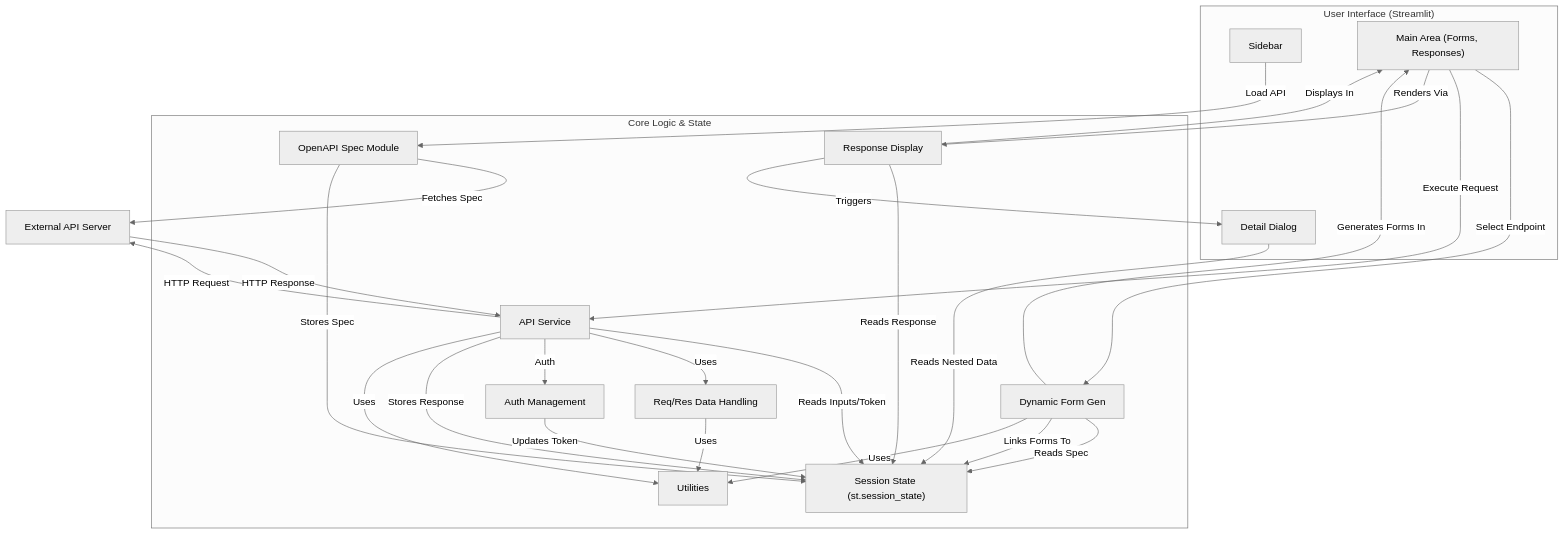
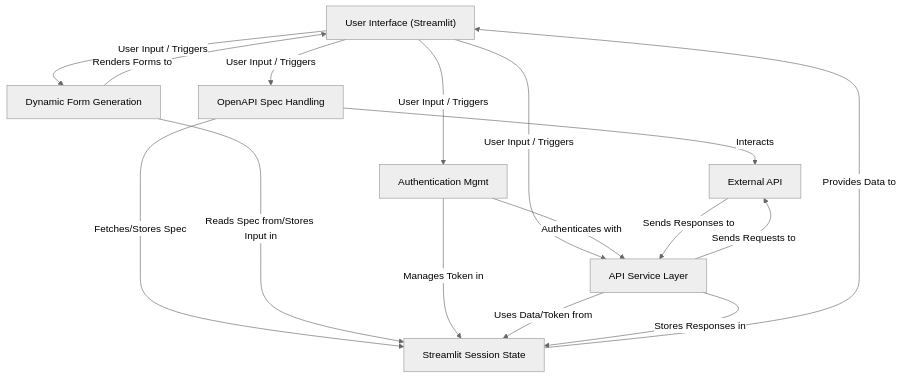
Before and after one commit to hugopessolano/openapi-custom-interface: the diagram in README.md, drawn with Mermaid (neutral theme).

Commit message:
Update README.md
Simplified visual overview

````diff
--- a/README.md
+++ b/README.md
@@ -45,49 +45,31 @@
 ```mermaid
 flowchart TD
-    subgraph "User Interface (Streamlit)"
-        UI_Sidebar["Sidebar"]
-        UI_MainArea["Main Area (Forms, Responses)"]
-        UI_DetailDialog["Detail Dialog"]
-    end
+    UI["User Interface (Streamlit)"]
+    SessionState["Streamlit Session State"]
+    OpenAPISpec["OpenAPI Spec Handling"]
+    FormGenerator["Dynamic Form Generation"]
+    APIService["API Service Layer"]
+    AuthManager["Authentication Mgmt"]
+    ExternalAPI["External API"]
+    
+    UI -- "User Input / Triggers" --> OpenAPISpec
+    UI -- "User Input / Triggers" --> FormGenerator
+    UI -- "User Input / Triggers" --> APIService
+    UI -- "User Input / Triggers" --> AuthManager
 
-    subgraph "Core Logic & State"
-        SessState["Session State (st.session_state)"]
-        SpecModule["OpenAPI Spec Module"]
-        APIService["API Service"]
-        FormGen["Dynamic Form Gen"]
-        DataHandle["Req/Res Data Handling"]
-        AuthManage["Auth Management"]
-        ResDisplay["Response Display"]
-        Utils["Utilities"]
-    end
+    OpenAPISpec -- "Fetches/Stores Spec" --> SessionState
+    OpenAPISpec -- "Interacts" --> ExternalAPI
     
-    ExternalAPI["External API Server"]
+    FormGenerator -- "Reads Spec from/Stores Input in" --> SessionState
+    FormGenerator -- "Renders Forms to" --> UI
 
-    UI_Sidebar -- "Load API" --> SpecModule
-    SpecModule -- "Fetches Spec" --> ExternalAPI
-    SpecModule -- "Stores Spec" --> SessState
-
-    UI_MainArea -- "Select Endpoint" --> FormGen
-    FormGen -- "Reads Spec" --> SessState
-    FormGen -- "Generates Forms In" --> UI_MainArea
-    FormGen -- "Links Forms To" --> SessState
-
-    UI_MainArea -- "Execute Request" --> APIService
-    APIService -- "Reads Inputs/Token" --> SessState
-    APIService -- "Uses" --> DataHandle
-    APIService -- "Auth" --> AuthManage
-    AuthManage -- "Updates Token" --> SessState
-    APIService -- "HTTP Request" --> ExternalAPI
-    ExternalAPI -- "HTTP Response" --> APIService
-    APIService -- "Stores Response" --> SessState
+    AuthManager -- "Manages Token in" --> SessionState
+    AuthManager -- "Authenticates with" --> APIService
     
-    UI_MainArea -- "Renders Via" --> ResDisplay
-    ResDisplay -- "Reads Response" --> SessState
-    ResDisplay -- "Displays In" --> UI_MainArea
-    ResDisplay -- "Triggers" --> UI_DetailDialog
-    UI_DetailDialog -- "Reads Nested Data" --> SessState
-
-    FormGen -- "Uses" --> Utils
-    DataHandle -- "Uses" --> Utils
-    APIService -- "Uses" --> Utils
+    APIService -- "Uses Data/Token from" --> SessionState
+    APIService -- "Sends Requests to" --> ExternalAPI
+    ExternalAPI -- "Sends Responses to" --> APIService
+    APIService -- "Stores Responses in" --> SessionState
+    
+    SessionState -- "Provides Data to" --> UI
 ```
````
